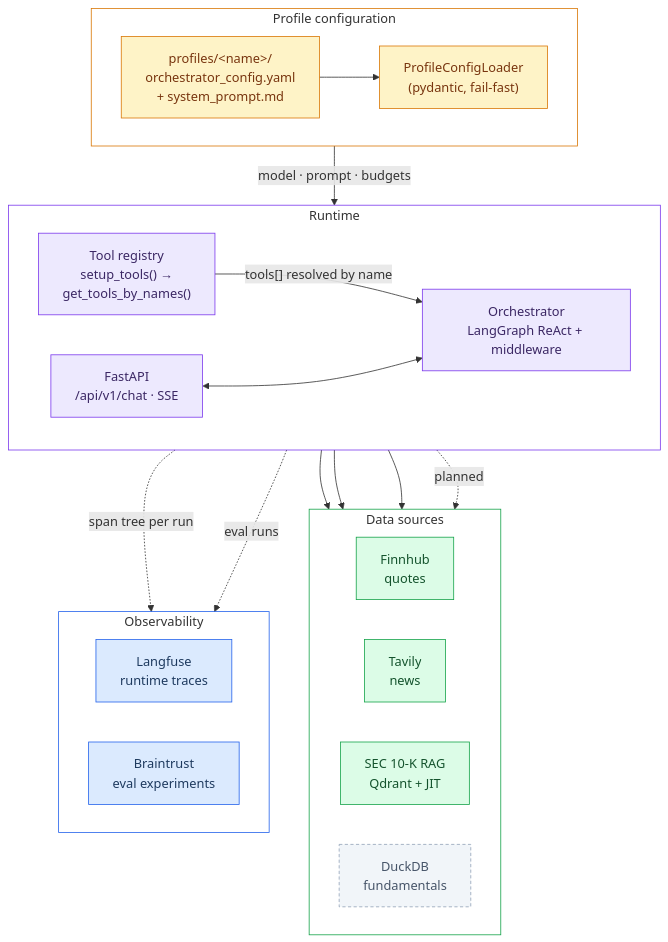
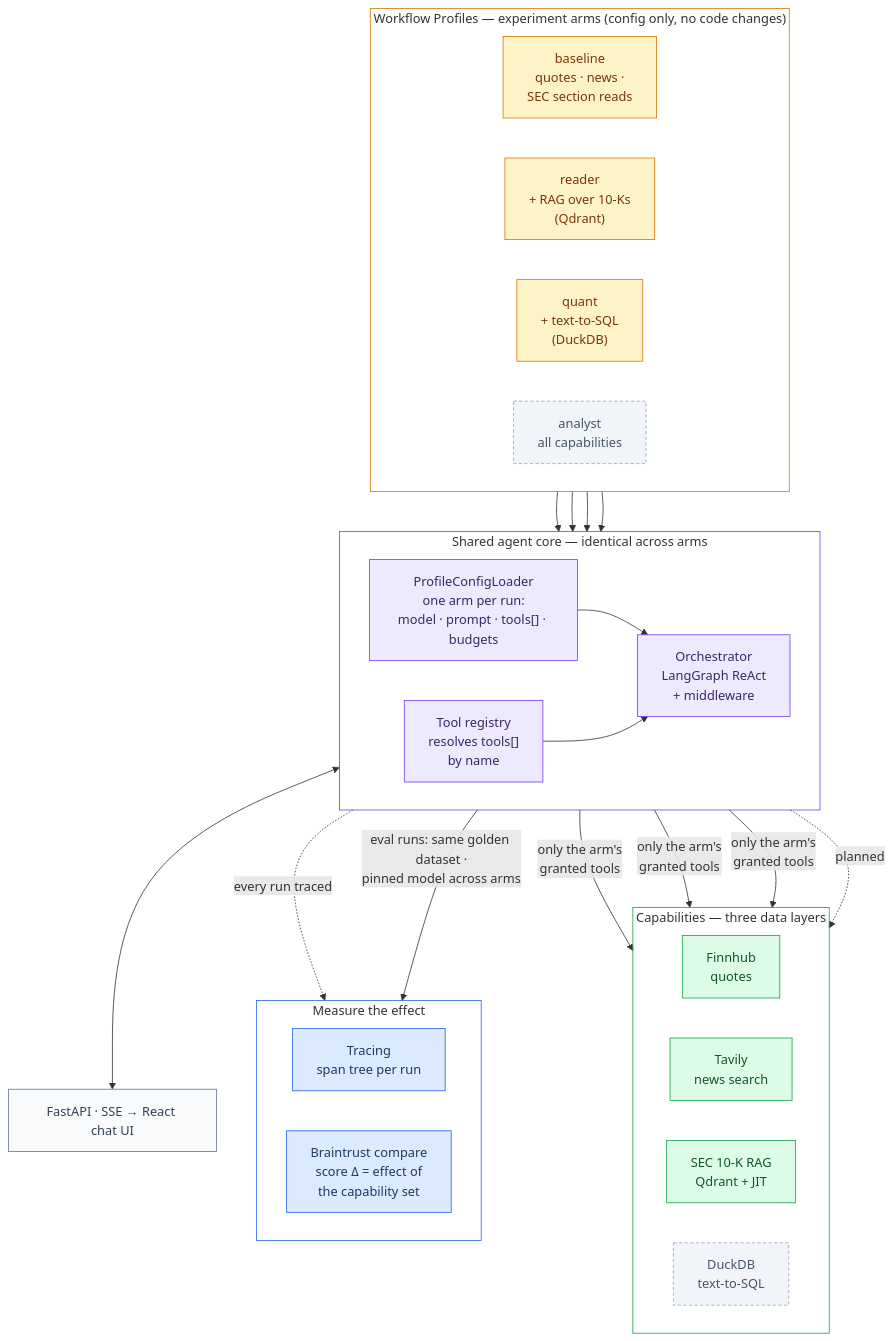
One commit to wei-yiting/fin-lab-x changed the first of 5 diagrams in README.md. Above: the diagram before and after it, drawn with Mermaid. The commit also changed other lines of this file, not shown here.

Commit message:
docs(readme): experiment-arms architecture diagram + trace curation workflow
Architecture section now tells the experiment story: profiles as
experiment arms fanning into a shared agent core, capabilities framed
as the three data layers (tables moved up alongside), effect measured
via Braintrust compare. Evaluation and Observability merged into one
section; new diagram for the trace lifecycle per the Braintrust POC —
upload → bt sync pull within retention → manual curation →
git-tracked trace archives → re-upload for comparison.

````diff
--- a/README.md
+++ b/README.md
@@ -18,53 +20,60 @@
 ```mermaid
 flowchart TB
-    subgraph Config["Profile configuration"]
+    subgraph Arms["Workflow Profiles — experiment arms (config only, no code changes)"]
         direction LR
-        PROF["profiles/&lt;name&gt;/<br/>orchestrator_config.yaml<br/>+ system_prompt.md"]
-        LOADER["ProfileConfigLoader<br/>(pydantic, fail-fast)"]
+        P1["baseline<br/>quotes · news ·<br/>SEC section reads"]
+        P2["reader<br/>+ RAG over 10-Ks<br/>(Qdrant)"]
+        P3["quant<br/>+ text-to-SQL<br/>(DuckDB)"]
+        P4["analyst<br/>all capabilities"]
     end
 
-    subgraph Runtime["Runtime"]
+    subgraph Core["Shared agent core — identical across arms"]
         direction LR
-        API["FastAPI<br/>/api/v1/chat · SSE"]
-        ORCH["Orchestrator<br/>LangGraph ReAct + middleware"]
-        REG["Tool registry<br/>setup_tools() →<br/>get_tools_by_names()"]
+        LOADER["ProfileConfigLoader<br/>one arm per run:<br/>model · prompt · tools[] · budgets"]
+        ORCH["Orchestrator<br/>LangGraph ReAct<br/>+ middleware"]
+        REG["Tool registry<br/>resolves tools[]<br/>by name"]
     end
 
-    subgraph Sources["Data sources"]
+    subgraph Caps["Capabilities — three data layers"]
         direction LR
         FINN["Finnhub<br/>quotes"]
-        TAV["Tavily<br/>news"]
+        TAV["Tavily<br/>news search"]
         SECQ["SEC 10-K RAG<br/>Qdrant + JIT"]
-        DUCK["DuckDB<br/>fundamentals"]
+        DUCK["DuckDB<br/>text-to-SQL"]
     end
 
-    subgraph Obs["Observability"]
+    subgraph Measure["Measure the effect"]
         direction LR
-        LF["Langfuse<br/>runtime traces"]
-        BT["Braintrust<br/>eval experiments"]
+        LF["Tracing<br/>span tree per run"]
+        BT["Braintrust compare<br/>score Δ = effect of<br/>the capability set"]
     end
 
-    PROF --> LOADER
-    LOADER -- "model · prompt · budgets" --> ORCH
-    REG -- "tools[] resolved by name" --> ORCH
-    API <--> ORCH
-    ORCH --> FINN & TAV & SECQ
+    P1 & P2 & P3 & P4 --> LOADER
+    LOADER --> ORCH
+    REG --> ORCH
+    ORCH -- "only the arm's<br/>granted tools" --> FINN & TAV & SECQ
     ORCH -.->|planned| DUCK
-    ORCH -. "span tree per run" .-> LF
-    ORCH -. "eval runs" .-> BT
+    ORCH -. "every run traced" .-> LF
+    ORCH -- "eval runs: same golden dataset ·<br/>pinned model across arms" --> BT
 
-    classDef config fill:#fef3c7,stroke:#d97706,color:#78350f
-    classDef runtime fill:#ede9fe,stroke:#7c3aed,color:#3b2764
-    classDef data fill:#dcfce7,stroke:#16a34a,color:#14532d
+    UI["FastAPI · SSE → React chat UI"]
+    ORCH <--> UI
+
+    classDef arm fill:#fef3c7,stroke:#d97706,color:#78350f
+    classDef core fill:#ede9fe,stroke:#7c3aed,color:#3b2764
+    classDef cap fill:#dcfce7,stroke:#16a34a,color:#14532d
     classDef planned fill:#f1f5f9,stroke:#94a3b8,color:#475569,stroke-dasharray:4 3
-    classDef obs fill:#dbeafe,stroke:#2563eb,color:#1e3a5f
-    class PROF,LOADER config
-    class API,ORCH,REG runtime
-    class FINN,TAV,SECQ data
+    classDef measure fill:#dbeafe,stroke:#2563eb,color:#1e3a5f
+    classDef ui fill:#f8fafc,stroke:#64748b,color:#334155
+    class P1,P2,P3 arm
+    class P4 planned
+    class LOADER,ORCH,REG core
+    class FINN,TAV,SECQ cap
     class DUCK planned
-    class LF,BT obs
-    style Config fill:transparent,stroke:#d97706
-    style Runtime fill:transparent,stroke:#7c3aed
-    style Sources fill:transparent,stroke:#16a34a
-    style Obs fill:transparent,stroke:#2563eb
+    class LF,BT measure
+    class UI ui
+    style Arms fill:transparent,stroke:#d97706
+    style Core fill:transparent,stroke:#7c3aed
+    style Caps fill:transparent,stroke:#16a34a
+    style Measure fill:transparent,stroke:#2563eb
 ```
````
